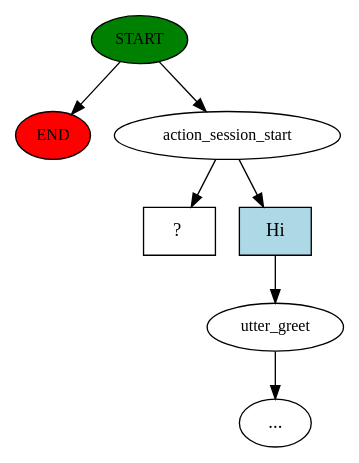
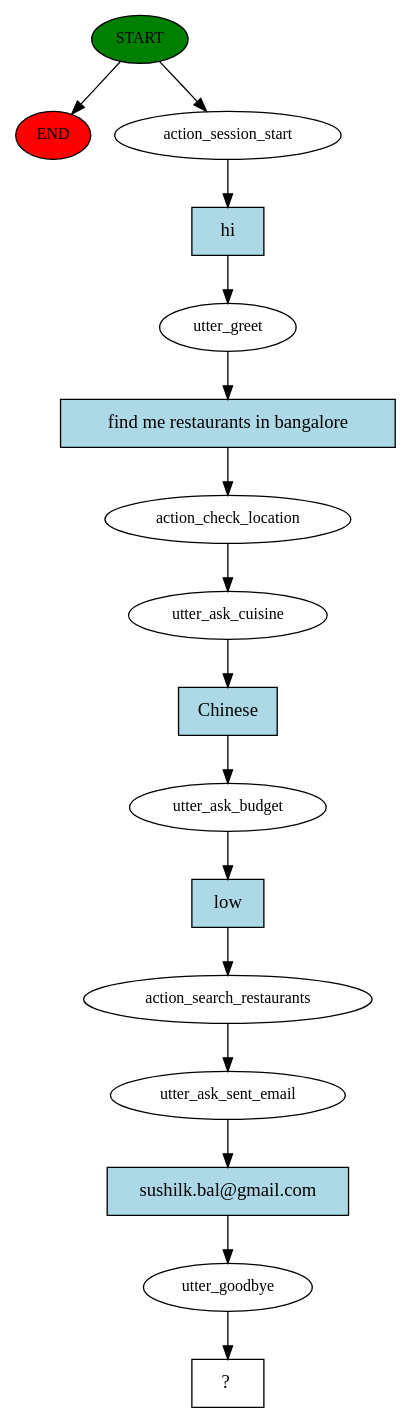
The diagram in story_graph.dot (sushilbal/nlp_chatbot_zomato), drawn with Graphviz before and after one commit. The commit also changed 16 other files, not shown here.

```diff
--- a/story_graph.dot
+++ b/story_graph.dot
@@ -1,15 +1,33 @@
 digraph  {
 0 [class="start active", fillcolor=green, fontsize=12, label=START, style=filled];
 "-1" [class=end, fillcolor=red, fontsize=12, label=END, style=filled];
 1 [class=active, fontsize=12, label=action_session_start];
-2 [class="", fontsize=12, label=utter_greet];
-"-3" [class=ellipsis, label="..."];
-4 [class="intent dashed active", label="  ?  ", shape=rect];
-5 [class=intent, fillcolor=lightblue, label=Hi, shape=rect, style=filled];
+2 [class=active, fontsize=12, label=utter_greet];
+3 [class=active, fontsize=12, label=action_check_location];
+4 [class=active, fontsize=12, label=utter_ask_cuisine];
+5 [class=active, fontsize=12, label=utter_ask_budget];
+6 [class=active, fontsize=12, label=action_search_restaurants];
+7 [class=active, fontsize=12, label=utter_ask_sent_email];
+8 [class=active, fontsize=12, label=utter_goodbye];
+9 [class="intent dashed active", label="  ?  ", shape=rect];
+10 [class="intent active", fillcolor=lightblue, label=hi, shape=rect, style=filled];
+11 [class="intent active", fillcolor=lightblue, label="find me restaurants in bangalore", shape=rect, style=filled];
+12 [class="intent active", fillcolor=lightblue, label=Chinese, shape=rect, style=filled];
+13 [class="intent active", fillcolor=lightblue, label=low, shape=rect, style=filled];
+14 [class="intent active", fillcolor=lightblue, label="sushilk.bal@gmail.com", shape=rect, style=filled];
 0 -> "-1"  [class="", key=NONE, label=""];
 0 -> 1  [class=active, key=NONE, label=""];
-1 -> 4  [class=active, key=NONE, label=""];
-1 -> 5  [class="", key=0];
-2 -> "-3"  [class="", key=NONE, label=""];
-5 -> 2  [class="", key=0];
+1 -> 10  [class=active, key=0];
+2 -> 11  [class=active, key=0];
+3 -> 4  [class=active, key=NONE, label=""];
+4 -> 12  [class=active, key=0];
+5 -> 13  [class=active, key=0];
+6 -> 7  [class=active, key=NONE, label=""];
+7 -> 14  [class=active, key=0];
+8 -> 9  [class=active, key=NONE, label=""];
+10 -> 2  [class=active, key=0];
+11 -> 3  [class=active, key=0];
+12 -> 5  [class=active, key=0];
+13 -> 6  [class=active, key=0];
+14 -> 8  [class=active, key=0];
 }
```
